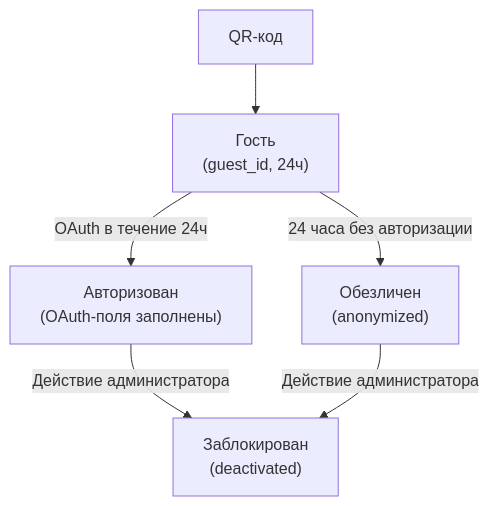
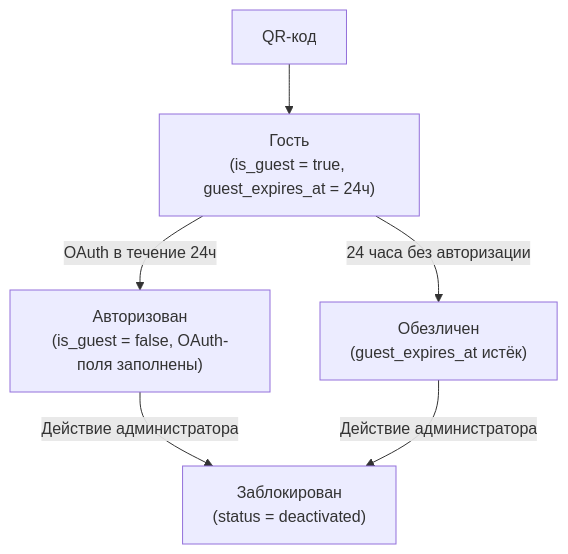
One commit to atlassys-smm/RZN changed the diagram in docs/entities/users.md. Above: the diagram before and after it, drawn with Mermaid. The commit also changed other lines of this file and 23 other files, not shown here.

````diff
--- a/docs/entities/users.md
+++ b/docs/entities/users.md
@@ -86,8 +87,8 @@
 ```mermaid
 flowchart TD
-    Start["QR-код"] --> Guest["Гость\n(guest_id, 24ч)"]
-    Guest -->|"OAuth в течение 24ч"| Active["Авторизован\n(OAuth-поля заполнены)"]
-    Guest -->|"24 часа без авторизации"| Anonymized["Обезличен\n(anonymized)"]
-    Active -->|"Действие администратора"| Deactivated["Заблокирован\n(deactivated)"]
+    Start["QR-код"] --> Guest["Гость\n(is_guest = true, guest_expires_at = 24ч)"]
+    Guest -->|"OAuth в течение 24ч"| Active["Авторизован\n(is_guest = false, OAuth-поля заполнены)"]
+    Guest -->|"24 часа без авторизации"| Anonymized["Обезличен\n(guest_expires_at истёк)"]
+    Active -->|"Действие администратора"| Deactivated["Заблокирован\n(status = deactivated)"]
     Anonymized -->|"Действие администратора"| Deactivated
 ```
````
